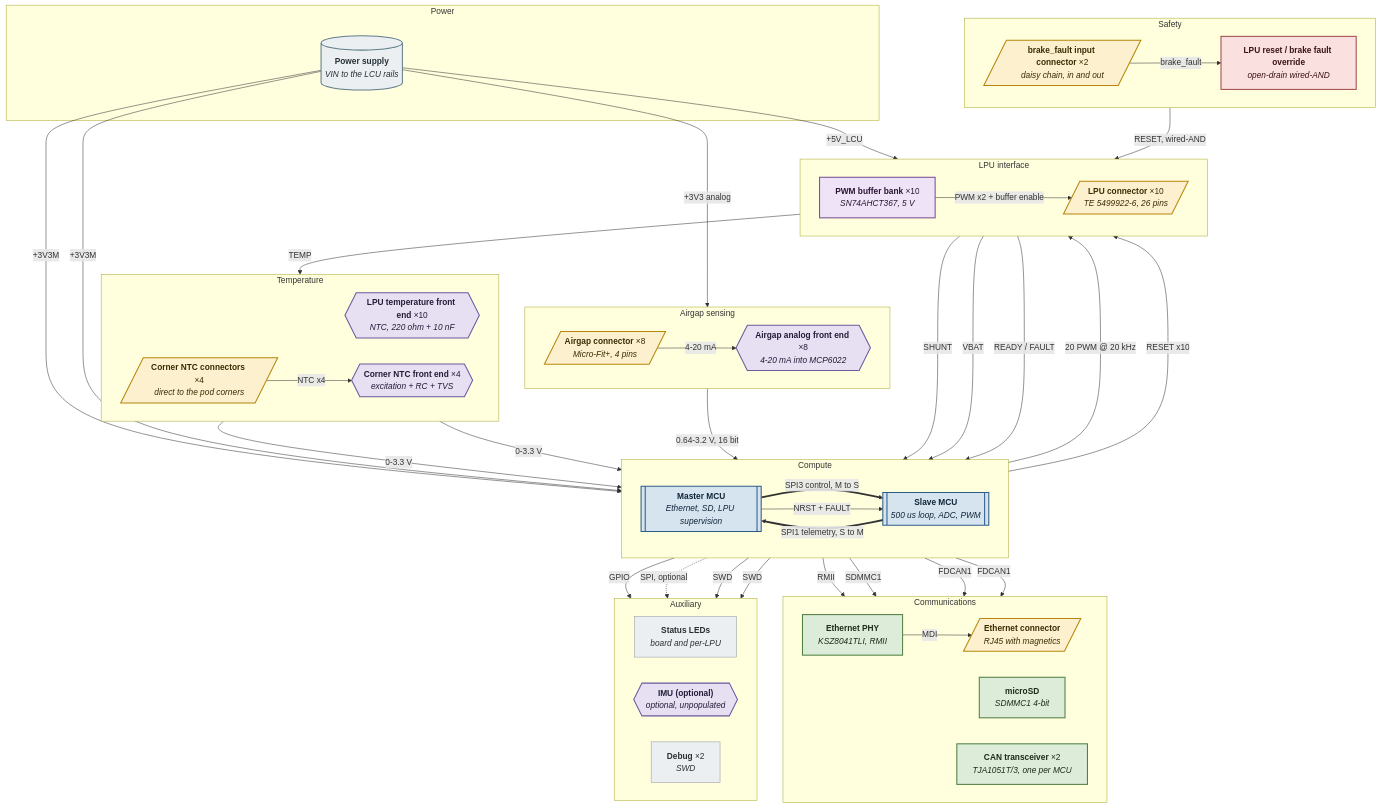
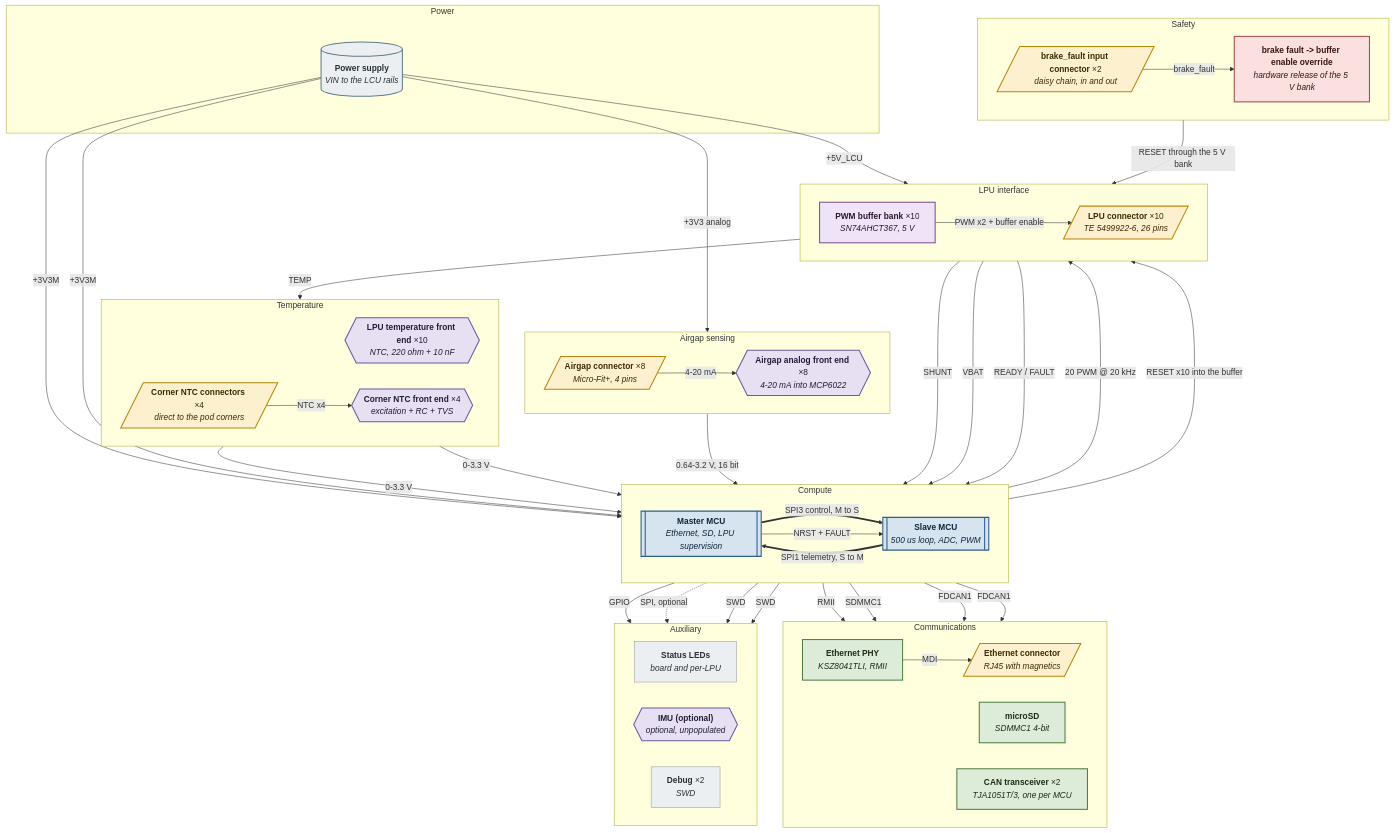
One commit to Hyperloop-UPV/Hardware changed the diagram in H12/LCU/docs/phase0/generated/blocks.md. Above: the diagram before and after it, drawn with Mermaid. The commit also changed 14 other files, not shown here.

```diff
--- a/H12/LCU/docs/phase0/generated/blocks.md
+++ b/H12/LCU/docs/phase0/generated/blocks.md
@@ -39,7 +39,7 @@
     end
     subgraph G_Safety["Safety"]
         direction LR
-        lpu_rst_logic["<b>LPU reset / brake fault override</b><br/><i>open-drain wired-AND</i>"]
+        lpu_rst_logic["<b>brake fault -> buffer enable override</b><br/><i>hardware release of the 5 V bank</i>"]
         brake_conn[/"<b>brake_fault input connector</b> ×2<br/><i>daisy chain, in and out</i>"/]
     end
     subgraph G_Auxiliary["Auxiliary"]
@@ -67,9 +67,9 @@
     lpu_conn -->|"TEMP"| tmp
     tmp -->|"0-3.3 V"| mcu_master
     lpu_conn -->|"READY / FAULT"| mcu_master
-    mcu_master -->|"RESET x10"| lpu_conn
+    mcu_master -->|"RESET x10 into the buffer"| lpu_conn
     brake_conn -->|"brake_fault"| lpu_rst_logic
-    lpu_rst_logic -->|"RESET, wired-AND"| lpu_conn
+    lpu_rst_logic -->|"RESET through the 5 V bank"| lpu_conn
     agp_conn -->|"4-20 mA"| agp_afe
     agp_afe -->|"0.64-3.2 V, 16 bit"| mcu_slave
     if_ntc -->|"NTC x4"| ntc_afe
```
